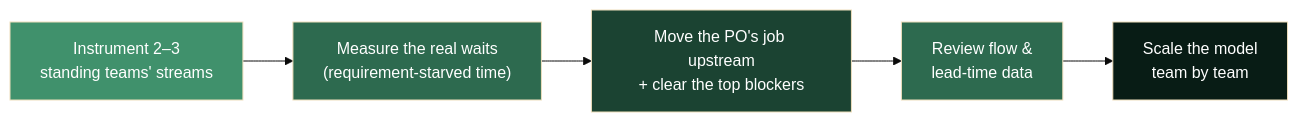
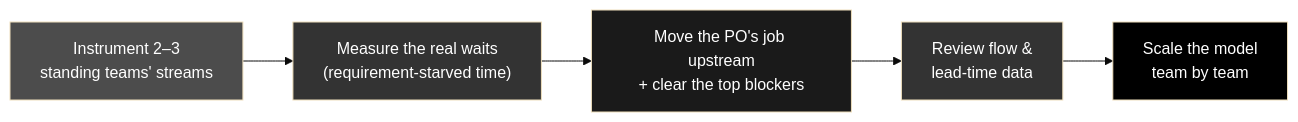
One commit to RED-Internal-Development/delivery-operating-model changed the third of 3 diagrams in docs/executive-summary.md. Above: the diagram before and after it, drawn with Mermaid (base theme). The commit also changed other lines of this file and 1 other file, not shown here.

Commit message:
style(diagrams): recolor executive-summary and model-at-a-glance to Audi RED brand

````diff
--- a/docs/executive-summary.md
+++ b/docs/executive-summary.md
@@ -86,13 +86,13 @@
 ```mermaid
 flowchart LR
     A["Instrument 2–3<br/>standing teams' streams"] --> B["Measure the real waits<br/>(requirement-starved time)"]
     B --> C["Move the PO's job upstream<br/>+ clear the top blockers"]
     C --> D["Review flow &<br/>lead-time data"]
     D --> E["Scale the model<br/>team by team"]
 
-    style A fill:#40916c,color:#fff
-    style B fill:#2d6a4f,color:#fff
-    style C fill:#1b4332,color:#fff
-    style D fill:#2d6a4f,color:#fff
-    style E fill:#081c15,color:#fff
+    style A fill:#4C4C4C,color:#fff
+    style B fill:#333333,color:#fff
+    style C fill:#1A1A1A,color:#fff
+    style D fill:#333333,color:#fff
+    style E fill:#000000,color:#fff
 ```
````
